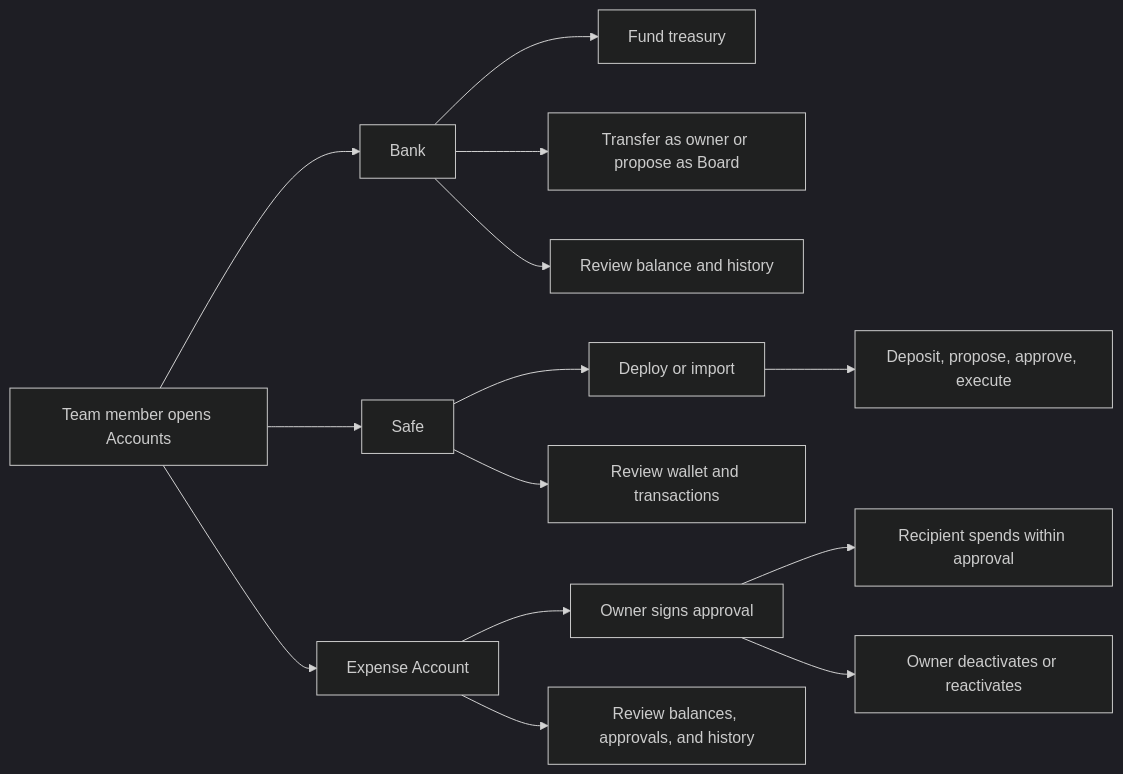
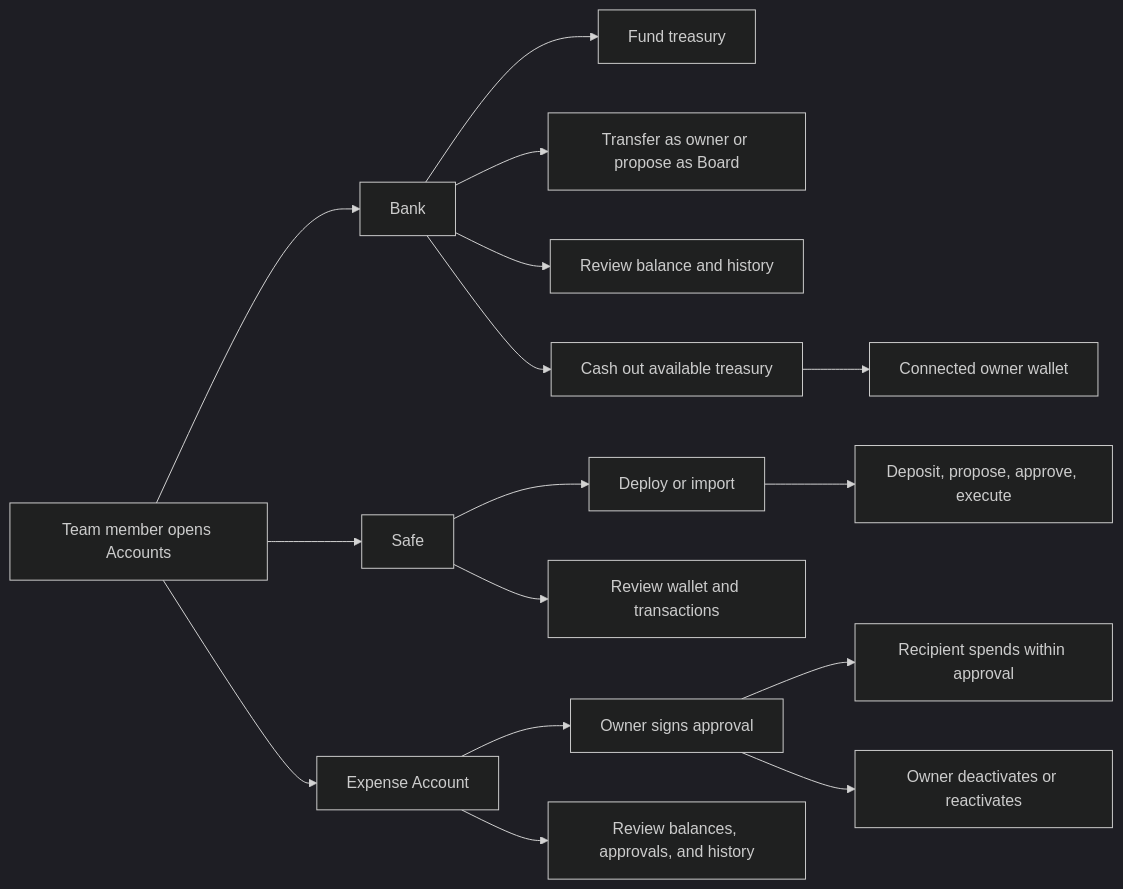
Before and after one commit to globe-and-citizen/cnc-portal: the diagram in docs/features/accounts/README.md, drawn with Mermaid (dark theme). The commit also changed other lines of this file, not shown here.

Commit message:
docs: 📝 document treasury cash-out journey

````diff
--- a/docs/features/accounts/README.md
+++ b/docs/features/accounts/README.md
@@ -24,19 +27,21 @@
 ```mermaid
 flowchart LR
     Member[Team member opens Accounts] --> Bank[Bank]
     Member --> Safe[Safe]
     Member --> Expense[Expense Account]
 
     Bank --> FundBank[Fund treasury]
     Bank --> TransferBank[Transfer as owner or propose as Board]
     Bank --> ReviewBank[Review balance and history]
+    Bank --> CashOut[Cash out available treasury]
+    CashOut --> OwnerWallet[Connected owner wallet]
 
     Safe --> SetupSafe[Deploy or import]
     SetupSafe --> OperateSafe[Deposit, propose, approve, execute]
     Safe --> ReviewSafe[Review wallet and transactions]
 
     Expense --> Grant[Owner signs approval]
     Grant --> Spend[Recipient spends within approval]
     Grant --> Manage[Owner deactivates or reactivates]
     Expense --> ReviewExpense[Review balances, approvals, and history]
 ```
````
